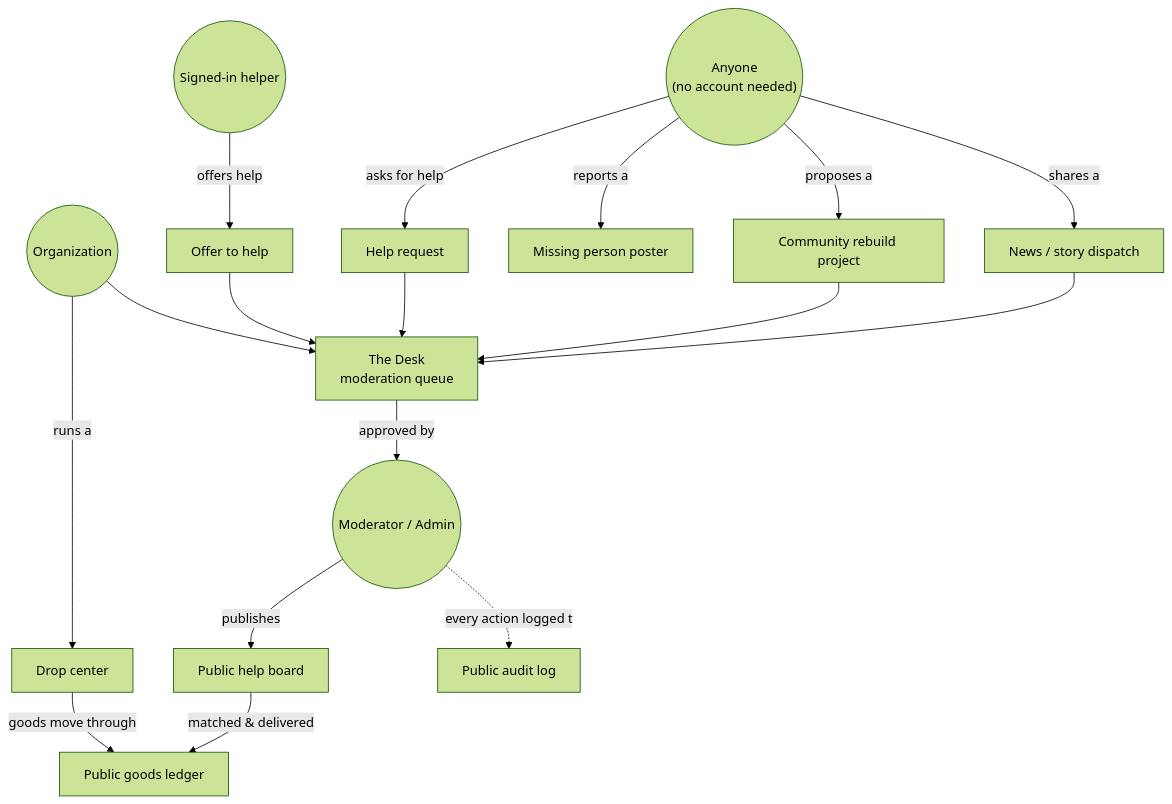
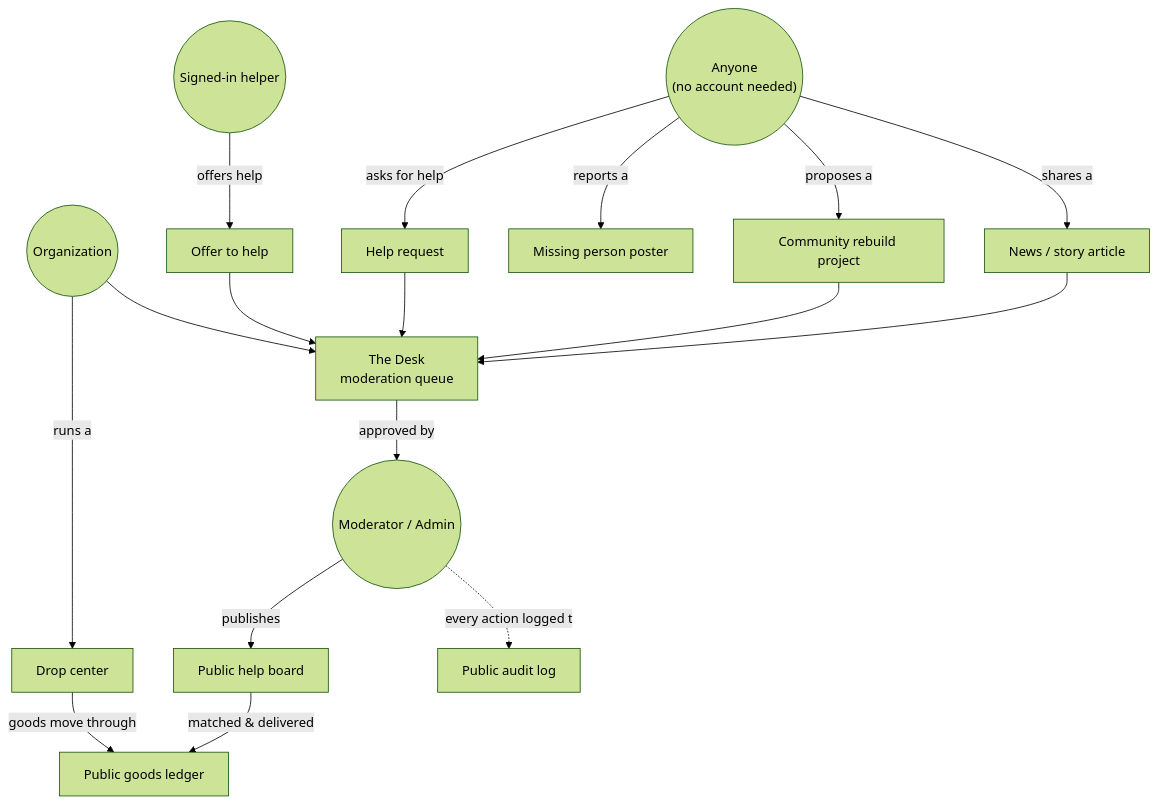
Before and after one commit to onlyutils/verified-nepal: the first of 5 diagrams in docs/FEATURES.md, drawn with Mermaid (forest theme). The commit also changed other lines of this file and 21 other files, not shown here.

````diff
--- a/docs/FEATURES.md
+++ b/docs/FEATURES.md
@@ -21,27 +21,27 @@
 ```mermaid
 flowchart TB
     public(("Anyone<br/>(no account needed)"))
     helper(("Signed-in helper"))
     org(("Organization"))
     mod(("Moderator / Admin"))
 
     public -->|asks for help| need[Help request]
     helper -->|offers help| offer[Offer to help]
     public -->|reports a| missing[Missing person poster]
     public -->|proposes a| project[Community rebuild project]
-    public -->|shares a| dispatch[News / story dispatch]
+    public -->|shares a| article[News / story article]
     org -->|runs a| center[Drop center]
 
     need --> desk[The Desk<br/>moderation queue]
     offer --> desk
     project --> desk
-    dispatch --> desk
+    article --> desk
     org --> desk
 
     desk -->|approved by| mod
     mod -->|publishes| board[Public help board]
     center -->|goods move through| ledger[Public goods ledger]
     board -->|matched & delivered| ledger
 
     mod -.every action logged to.-> audit[Public audit log]
 ```
````
